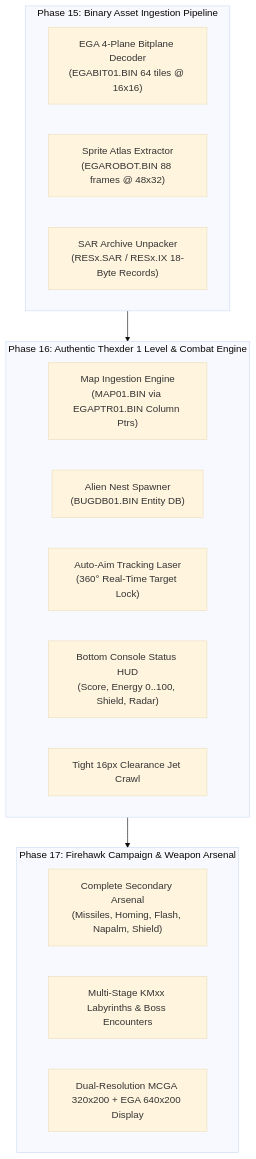
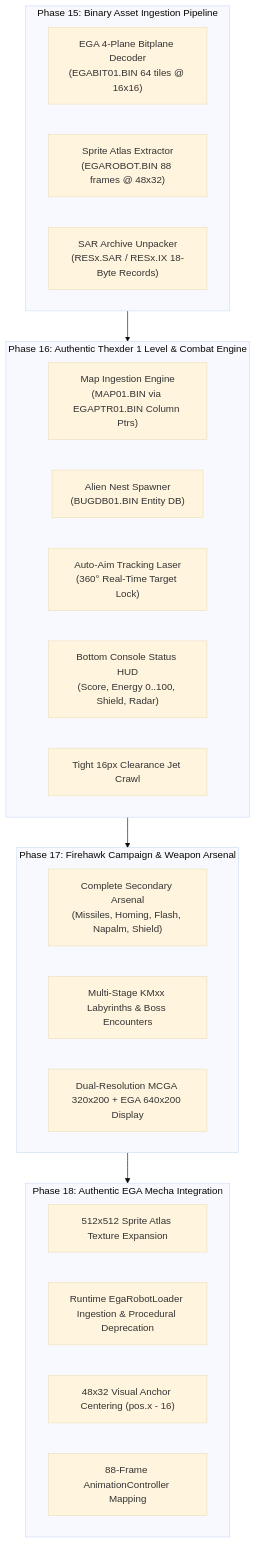
One commit to svagionitis/ShootEmUpEngine changed the eighth of 8 diagrams in docs/implementation_plan.md. Above: the diagram before and after it, drawn with Mermaid (base theme). The commit also changed other lines of this file and 11 other files, not shown here.

First line of the commit message:
feat(adapter): add authentic 88-frame EGA mecha

````diff
--- a/docs/implementation_plan.md
+++ b/docs/implementation_plan.md
@@ -527,24 +533,31 @@
 ```mermaid
 flowchart TD
     subgraph Phase15["Phase 15: Binary Asset Ingestion Pipeline"]
         A1["EGA 4-Plane Bitplane Decoder<br/>(EGABIT01.BIN 64 tiles @ 16x16)"]
         A2["Sprite Atlas Extractor<br/>(EGAROBOT.BIN 88 frames @ 48x32)"]
         A3["SAR Archive Unpacker<br/>(RESx.SAR / RESx.IX 18-Byte Records)"]
     end
 
     subgraph Phase16["Phase 16: Authentic Thexder 1 Level & Combat Engine"]
         B1["Map Ingestion Engine<br/>(MAP01.BIN via EGAPTR01.BIN Column Ptrs)"]
         B2["Alien Nest Spawner<br/>(BUGDB01.BIN Entity DB)"]
         B3["Auto-Aim Tracking Laser<br/>(360° Real-Time Target Lock)"]
         B4["Bottom Console Status HUD<br/>(Score, Energy 0..100, Shield, Radar)"]
         B5["Tight 16px Clearance Jet Crawl"]
     end
 
     subgraph Phase17["Phase 17: Firehawk Campaign & Weapon Arsenal"]
         C1["Complete Secondary Arsenal<br/>(Missiles, Homing, Flash, Napalm, Shield)"]
         C2["Multi-Stage KMxx Labyrinths & Boss Encounters"]
         C3["Dual-Resolution MCGA 320x200 + EGA 640x200 Display"]
     end
 
-    Phase15 --> Phase16 --> Phase17
+    subgraph Phase18["Phase 18: Authentic EGA Mecha Integration"]
+        D1["512x512 Sprite Atlas Texture Expansion"]
+        D2["Runtime EgaRobotLoader Ingestion & Procedural Deprecation"]
+        D3["48x32 Visual Anchor Centering (pos.x - 16)"]
+        D4["88-Frame AnimationController Mapping"]
+    end
+
+    Phase15 --> Phase16 --> Phase17 --> Phase18
 ```
````
